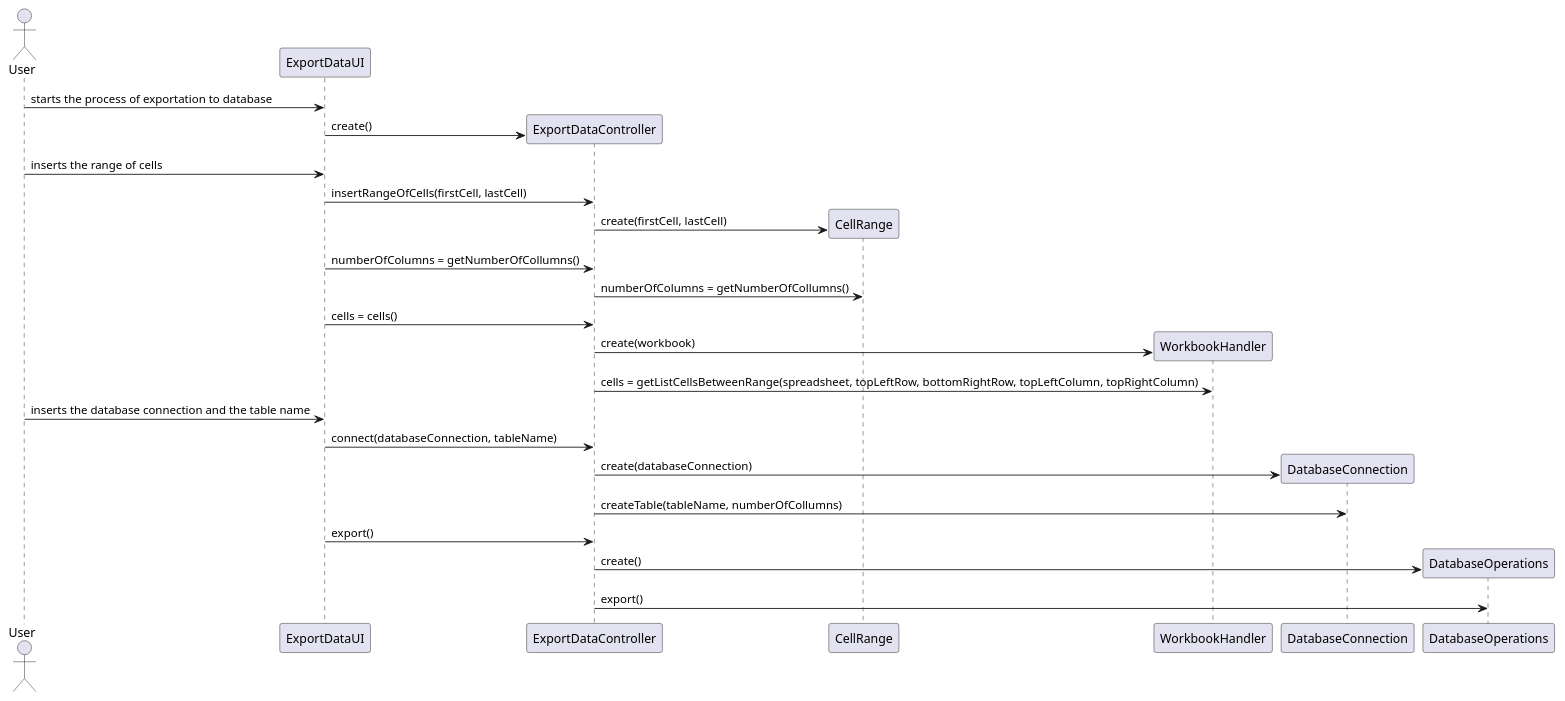
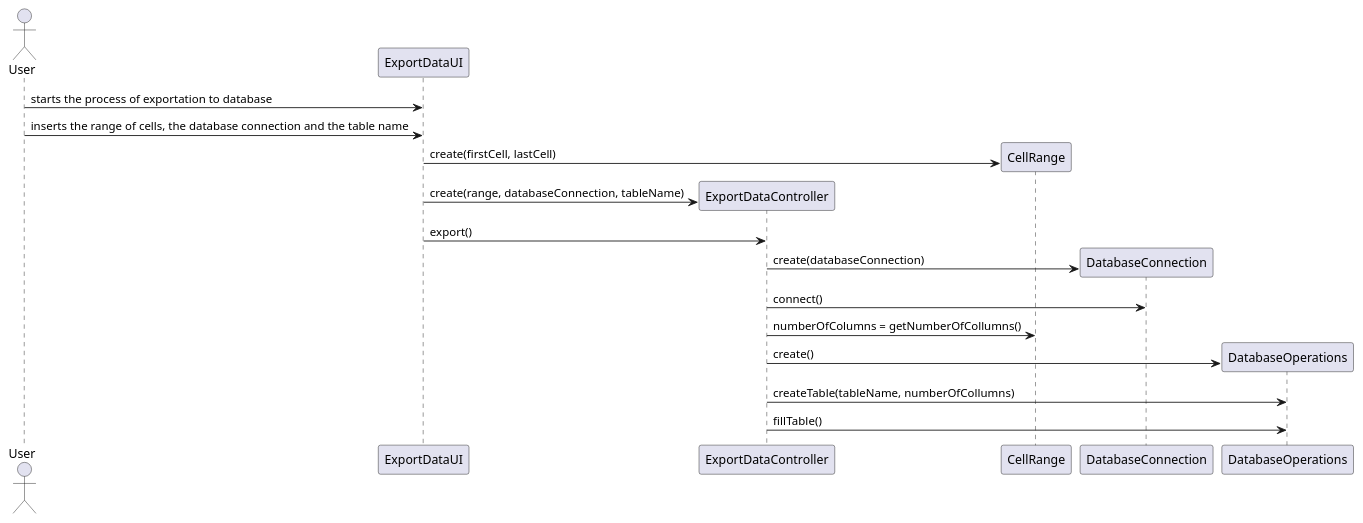
One commit to MikeTekOn/lapr4-2017-2dd changed the diagram in src/main/java/lapr4/red/s3/ipc/n1150690/ImportExportDatabase/ipc_04_3_export_sd.puml. Above: the diagram before and after it, drawn with PlantUML.

Commit message:
LAPR4E17DD-286 #time 4h #comment Design updated

```diff
--- a/src/main/java/lapr4/red/s3/ipc/n1150690/ImportExportDatabase/ipc_04_3_export_sd.puml
+++ b/src/main/java/lapr4/red/s3/ipc/n1150690/ImportExportDatabase/ipc_04_3_export_sd.puml
@@ -1,43 +1,32 @@
 @startuml
 
 actor User
 participant "ExportDataUI" as ui
 participant "ExportDataController" as ctrl
 participant "CellRange" as range
-participant "WorkbookHandler" as work
 participant "DatabaseConnection" as db
 participant "DatabaseOperations" as op
 
 User -> ui : starts the process of exportation to database
-create ctrl
-ui -> ctrl : create()
-
-
-User -> ui : inserts the range of cells
-ui -> ctrl : insertRangeOfCells(firstCell, lastCell)
+User -> ui : inserts the range of cells, the database connection and the table name
 
 create range
-ctrl -> range : create(firstCell, lastCell) 
-ui -> ctrl : numberOfColumns = getNumberOfCollumns()
-ctrl -> range : numberOfColumns = getNumberOfCollumns()
+ui -> range : create(firstCell, lastCell)
 
-ui -> ctrl : cells = cells()
-create work
-ctrl -> work : create(workbook)
-ctrl -> work : cells = getListCellsBetweenRange(spreadsheet, topLeftRow, bottomRightRow, topLeftColumn, topRightColumn)
-User -> ui : inserts the database connection and the table name
+create ctrl
+ui -> ctrl : create(range, databaseConnection, tableName)
 
-ui -> ctrl : connect(databaseConnection, tableName)
+ui -> ctrl : export()
 
 create db
 ctrl -> db : create(databaseConnection)
-ctrl -> db : createTable(tableName, numberOfCollumns)
+ctrl -> db : connect()
 
+ctrl -> range : numberOfColumns = getNumberOfCollumns()
 
-ui -> ctrl : export()
 create op
 ctrl -> op  : create()
-ctrl -> op : export()
-
+ctrl -> op : createTable(tableName, numberOfCollumns)
+ctrl -> op : fillTable()
 
 @enduml
```
